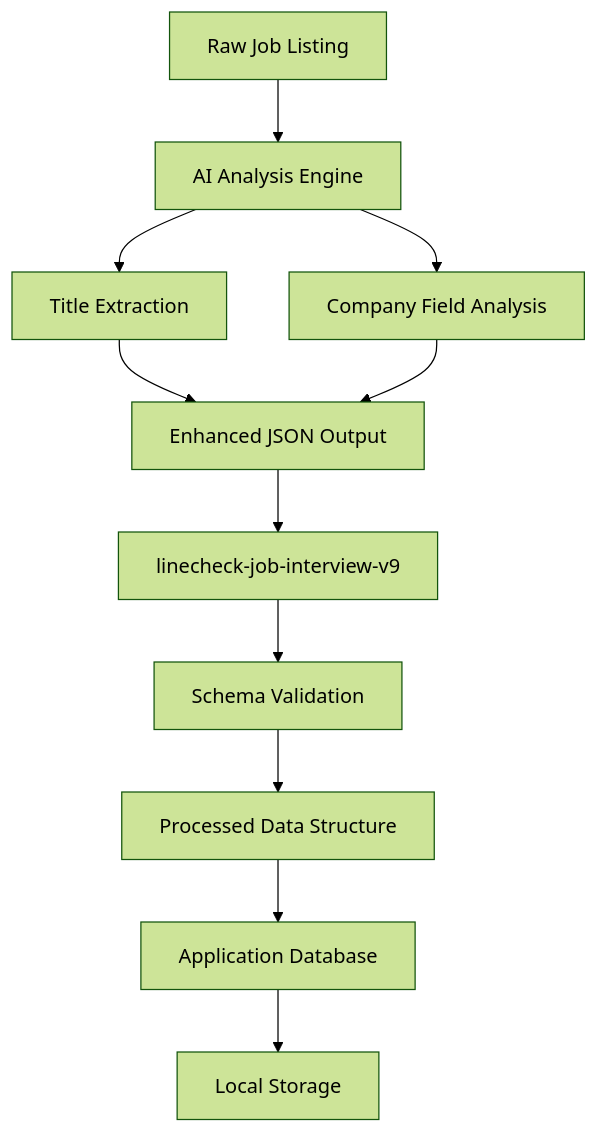
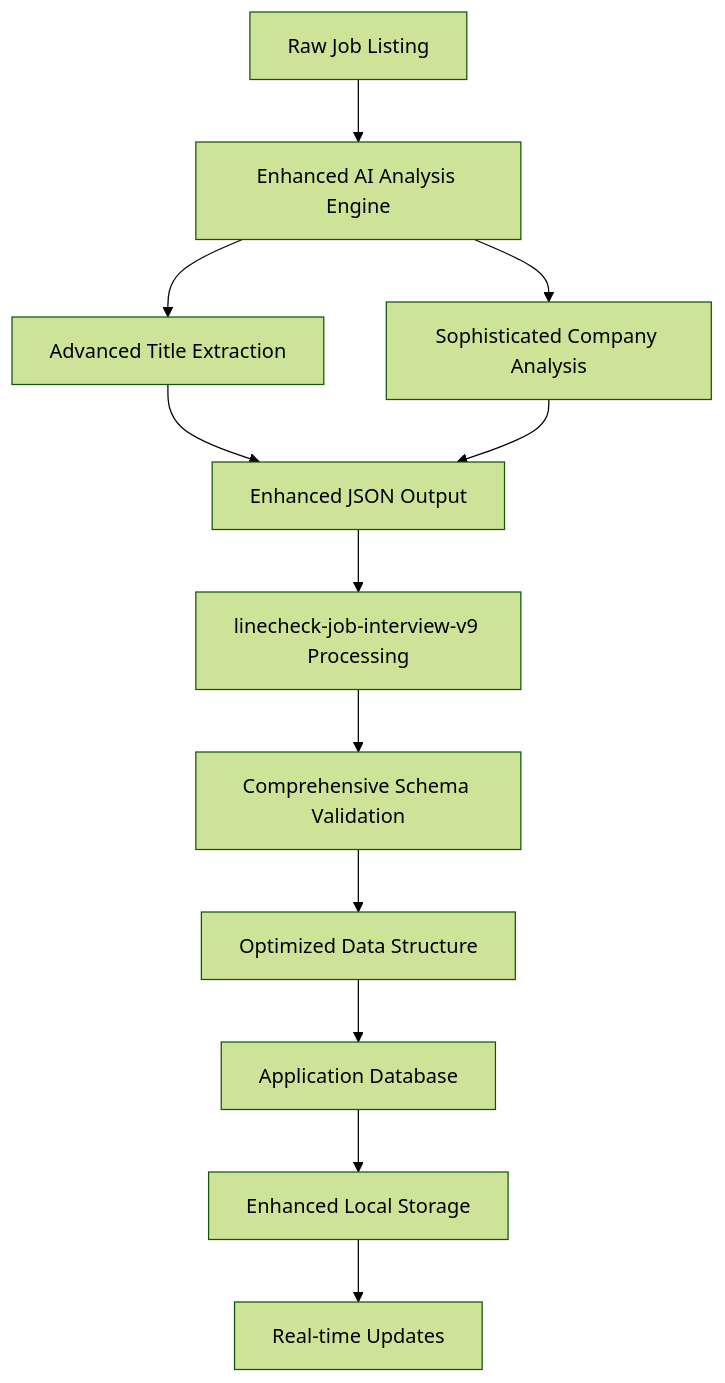
One commit to zmyeo54/briefroom changed the ninth of 12 diagrams in .qoder/repowiki/en/content/Core Features/Job Application Management.md. Above: the diagram before and after it, drawn with Mermaid (forest theme). The commit also changed other lines of this file and 37 other files, not shown here.

First line of the commit message:
feat(job-application): enhance job metadata extraction and processing capabilities

````diff
--- a/.qoder/repowiki/en/content/Core Features/Job Application Management.md
+++ b/.qoder/repowiki/en/content/Core Features/Job Application Management.md
@@ -427,13 +483,14 @@
 ```mermaid
 flowchart TD
-A["Raw Job Listing"] --> B["AI Analysis Engine"]
-B --> C["Title Extraction"]
-B --> D["Company Field Analysis"]
+A["Raw Job Listing"] --> B["Enhanced AI Analysis Engine"]
+B --> C["Advanced Title Extraction"]
+B --> D["Sophisticated Company Analysis"]
 C --> E["Enhanced JSON Output"]
 D --> E
-E --> F["linecheck-job-interview-v9"]
-F --> G["Schema Validation"]
-G --> H["Processed Data Structure"]
+E --> F["linecheck-job-interview-v9 Processing"]
+F --> G["Comprehensive Schema Validation"]
+G --> H["Optimized Data Structure"]
 H --> I["Application Database"]
-I --> J["Local Storage"]
+I --> J["Enhanced Local Storage"]
+J --> K["Real-time Updates"]
 ```
````
